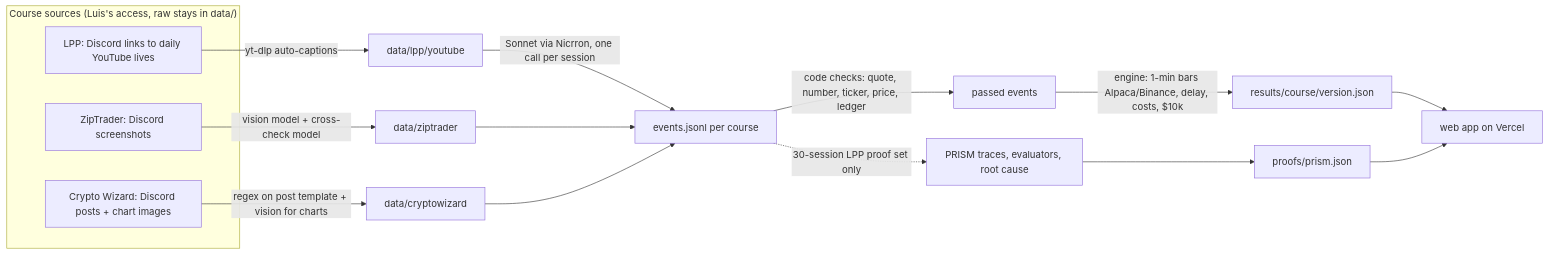
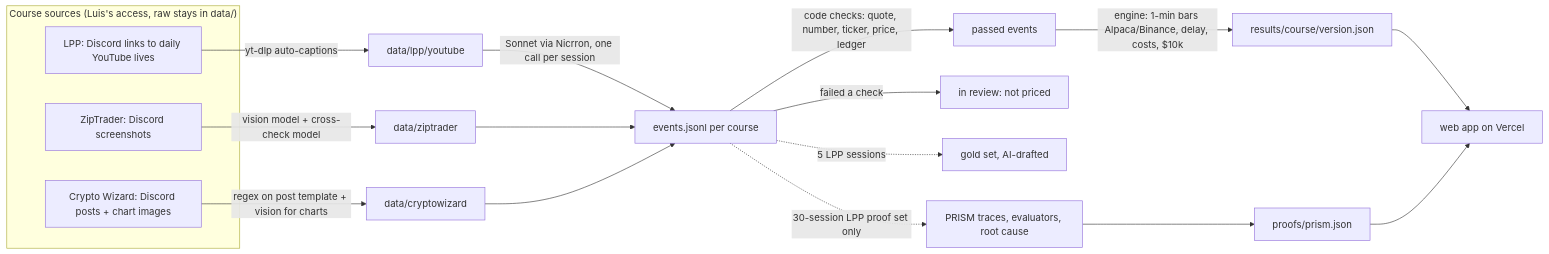
The first of 2 diagrams in _bmad-output/planning-artifacts/spec-audit/architecture-diagrams.md (Escobar-Luis/quant-bot), drawn with Mermaid before and after one commit. The commit also changed 3 other files, not shown here.

````diff
--- a/_bmad-output/planning-artifacts/spec-audit/architecture-diagrams.md
+++ b/_bmad-output/planning-artifacts/spec-audit/architecture-diagrams.md
@@ -5,19 +5,21 @@
 ```mermaid
 flowchart LR
   subgraph Sources["Course sources (Luis's access, raw stays in data/)"]
     D1[LPP: Discord links to daily YouTube lives]
     D2[ZipTrader: Discord screenshots]
     D3[Crypto Wizard: Discord posts + chart images]
   end
   D1 -->|yt-dlp auto-captions| C1[data/lpp/youtube]
   D2 -->|vision model + cross-check model| C2[data/ziptrader]
   D3 -->|regex on post template + vision for charts| C3[data/cryptowizard]
   C1 -->|Sonnet via Nicrron, one call per session| E[events.jsonl per course]
   C2 --> E
   C3 --> E
   E -->|code checks: quote, number, ticker, price, ledger| P[passed events]
+  E -->|failed a check| RV[in review: not priced]
+  E -.->|5 LPP sessions| GS[gold set, AI-drafted]
   P -->|engine: 1-min bars Alpaca/Binance, delay, costs, $10k| R[results/course/version.json]
   R --> W[web app on Vercel]
   E -.->|30-session LPP proof set only| PR[PRISM traces, evaluators, root cause]
   PR --> PF[proofs/prism.json] --> W
 ```
````
